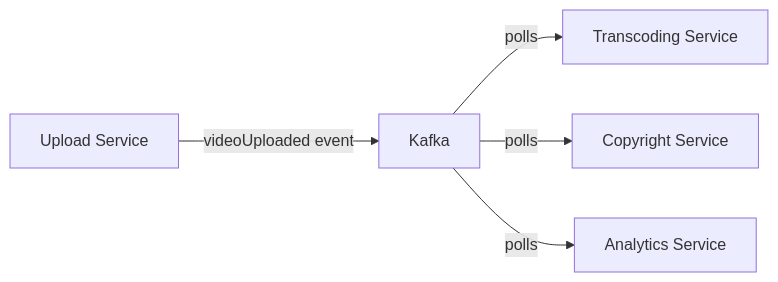
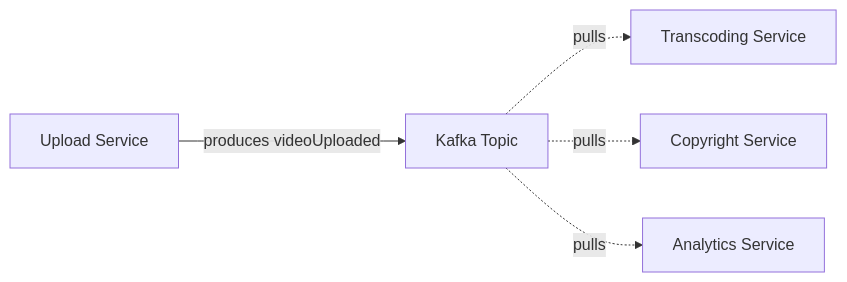
One commit to Prayag2003/system-design changed the second of 5 diagrams in concepts/kafka/02-kafka.md. Above: the diagram before and after it, drawn with Mermaid. The commit also changed other lines of this file and 2 other files, not shown here.

Commit message:
[feat-kafka]: consolidate 02-kafka architecture and add 20 interview Q&As in 03-qna

````diff
--- a/concepts/kafka/02-kafka.md
+++ b/concepts/kafka/02-kafka.md
@@ -248,7 +217,7 @@
 ```mermaid
 flowchart LR
-    US["Upload Service"] -->|videoUploaded event| K["Kafka"]
-    K -->|polls| TS["Transcoding Service"]
-    K -->|polls| CS["Copyright Service"]
-    K -->|polls| AS["Analytics Service"]
+    US["Upload Service"] -->|produces videoUploaded| K["Kafka Topic"]
+    K -.->|pulls| TS["Transcoding Service"]
+    K -.->|pulls| CS["Copyright Service"]
+    K -.->|pulls| AS["Analytics Service"]
 ```
````
